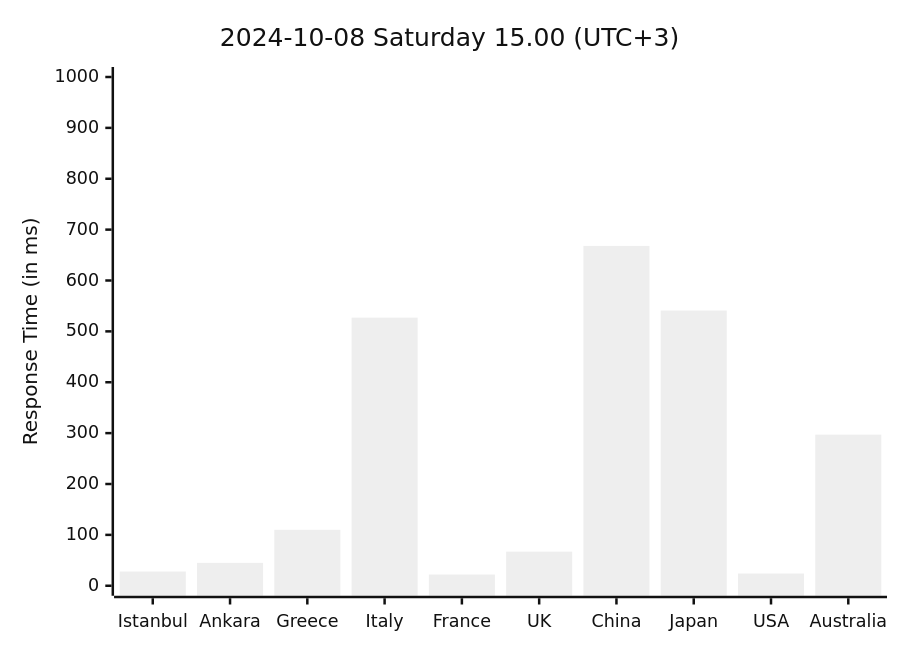
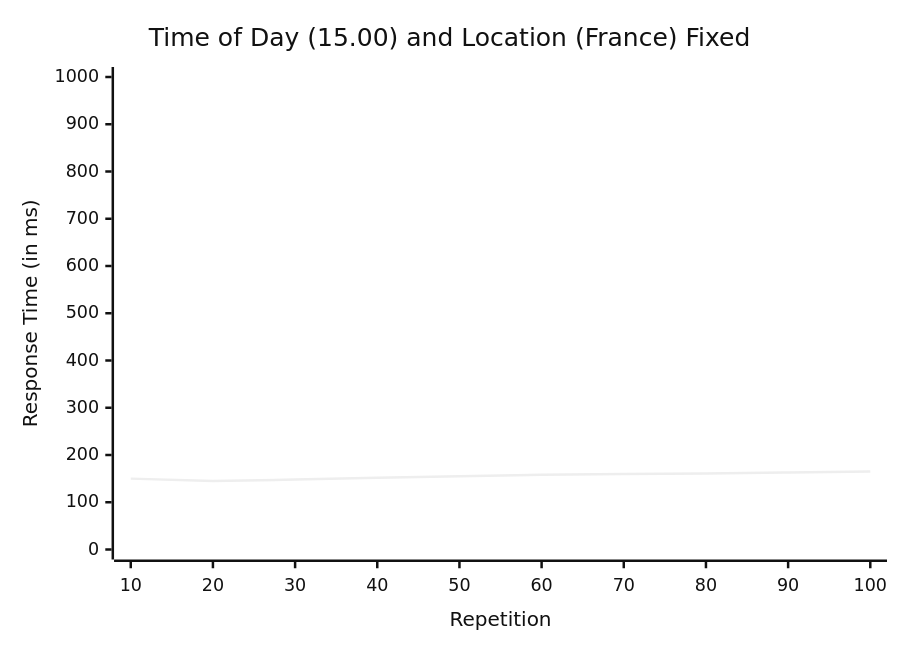
The third of 3 diagrams in hw1/README.md (necipsagiro/principles-of-computer-communication), drawn with Mermaid (neutral theme) before and after one commit. The commit also changed other lines of this file and 1 other file, not shown here.

````diff
--- a/hw1/README.md
+++ b/hw1/README.md
@@ -72,7 +31,7 @@
 ```mermaid
 xychart-beta
-    title "2024-10-08 Saturday 15.00 (UTC+3)"
-    x-axis [Istanbul, Ankara, Greece, Italy, France, UK, China, Japan, USA, Australia]
+    title "Time of Day (15.00) and Location (France) Fixed"
+    x-axis "Repetition" [10, 20, 30, 40, 50, 60, 70, 80, 90, 100]
     y-axis "Response Time (in ms)" 0 --> 1000
-    bar [28, 45, 110, 527, 22, 67, 668, 541, 24, 297]
+    line [150, 145, 148, 152, 155, 158, 160, 161, 163, 165]
 ```
````
